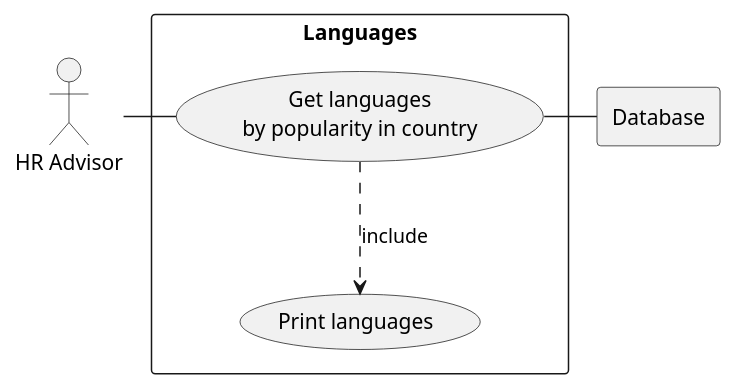
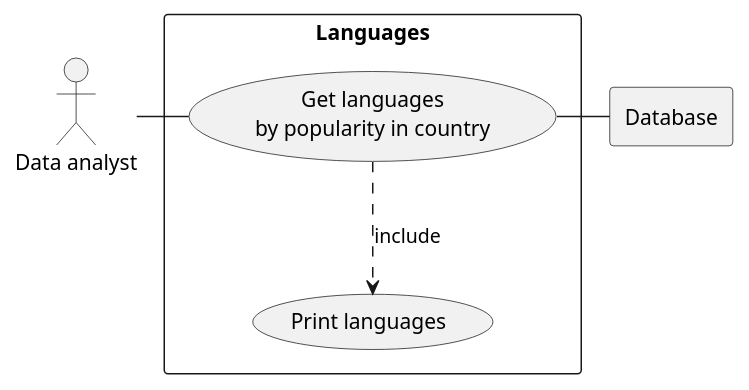
Before and after one commit to LiamMBailey/semGroup16: the diagram in use-cases/Languages.puml, drawn with PlantUML. The commit also changed 9 other files, not shown here.

Commit message:
Updated diagrams and use cases

```diff
--- a/use-cases/Languages.puml
+++ b/use-cases/Languages.puml
@@ -1,18 +1,18 @@
 @startuml
 
-actor HR as "HR Advisor"
+actor HR as "Data analyst"
 
 rectangle Database
 
 rectangle "Languages" {
     usecase UC4 as "Get languages
     by popularity in country"
 
     usecase UCa as "Print languages"
 
     HR - UC4
     UC4 ..> UCa : include
     UC4 - Database
 }
 
 @enduml
```
